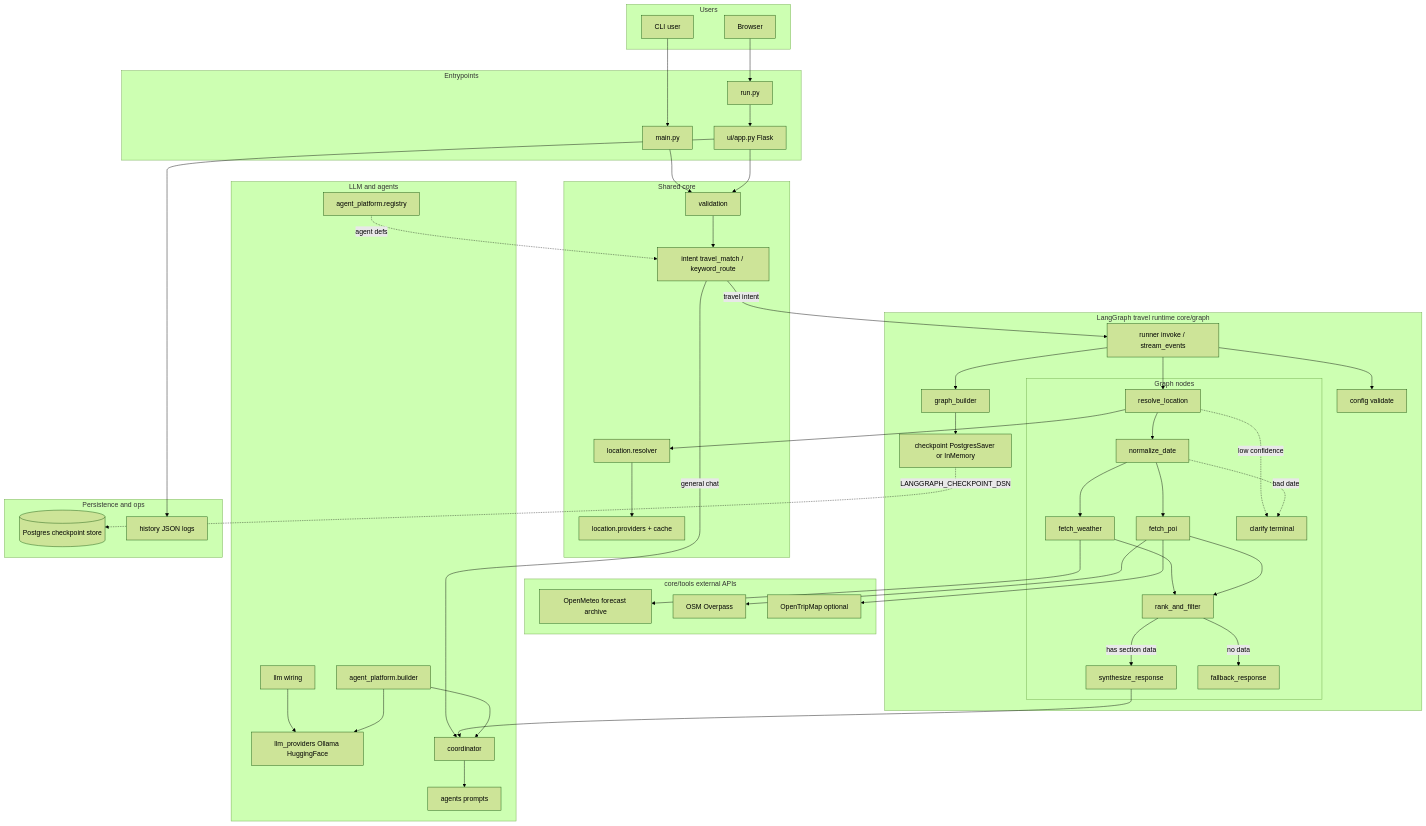
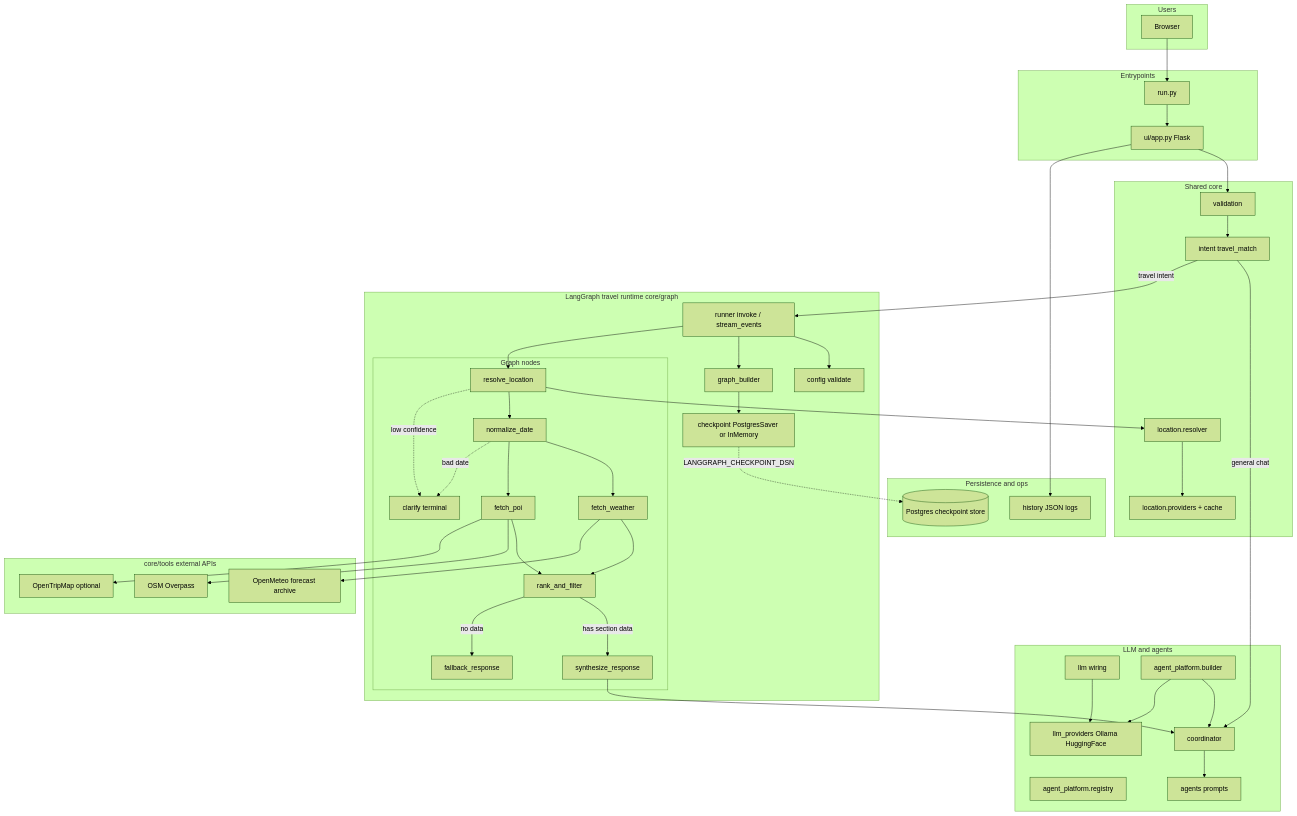
Before and after one commit to Tnc84/Travel_agent: the diagram in README.md, drawn with Mermaid (forest theme). The commit also changed other lines of this file and 16 other files, not shown here.

Commit message:
removed old architecture and main.py

````diff
--- a/README.md
+++ b/README.md
@@ -32,19 +32,17 @@
 ```mermaid
 flowchart TB
   subgraph users["Users"]
-    UCLI["CLI user"]
     UWEB["Browser"]
   end
 
   subgraph entry["Entrypoints"]
-    MAIN["main.py"]
     RUNPY["run.py"]
     FLASK["ui/app.py Flask"]
   end
 
   subgraph shared["Shared core"]
     VAL["validation"]
-    IR["intent travel_match / keyword_route"]
+    IR["intent travel_match"]
     LRES["location.resolver"]
     LPROV["location.providers + cache"]
   end
@@ -86,10 +84,8 @@
     HIST["history JSON logs"]
   end
 
-  UCLI --> MAIN
   UWEB --> RUNPY
   RUNPY --> FLASK
-  MAIN --> VAL
   FLASK --> VAL
   VAL --> IR
   IR -->|general chat| COORD
@@ -116,7 +112,6 @@
   N6 --> COORD
   COORD --> AGENTS
   ABUILD --> COORD
-  AREG -.->|agent defs| IR
   PFACT --> PIMPL
   ABUILD --> PIMPL
   FLASK --> HIST
````
